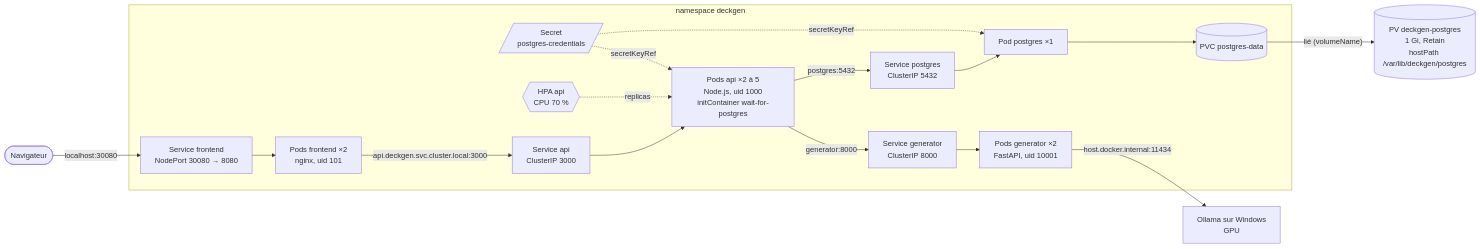
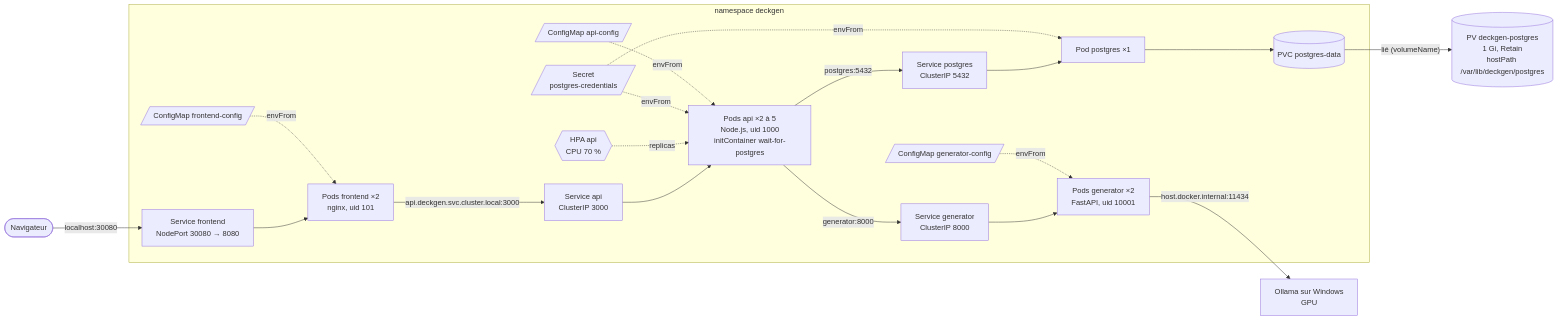
One commit to marc-awad/deckgen changed the diagram in docs/kubernetes.md. Above: the diagram before and after it, drawn with Mermaid. The commit also changed other lines of this file and 6 other files, not shown here.

````diff
--- a/docs/kubernetes.md
+++ b/docs/kubernetes.md
@@ -13,21 +13,24 @@
 ```mermaid
 flowchart LR
     user([Navigateur]) -- "localhost:30080" --> svcF
 
     subgraph ns [namespace deckgen]
         svcF[Service frontend<br/>NodePort 30080 → 8080] --> podF[Pods frontend ×2<br/>nginx, uid 101]
         podF -- "api.deckgen.svc.cluster.local:3000" --> svcA[Service api<br/>ClusterIP 3000]
         svcA --> podA[Pods api ×2 à 5<br/>Node.js, uid 1000<br/>initContainer wait-for-postgres]
         hpa{{HPA api<br/>CPU 70 %}} -. replicas .-> podA
         podA -- "postgres:5432" --> svcP[Service postgres<br/>ClusterIP 5432]
         svcP --> podP[Pod postgres ×1]
         podP --> pvc[(PVC postgres-data)]
         podA -- "generator:8000" --> svcG[Service generator<br/>ClusterIP 8000]
         svcG --> podG[Pods generator ×2<br/>FastAPI, uid 10001]
-        secret[/Secret<br/>postgres-credentials/] -. secretKeyRef .-> podP
-        secret -. secretKeyRef .-> podA
+        secret[/Secret<br/>postgres-credentials/] -. envFrom .-> podP
+        secret -. envFrom .-> podA
+        cmA[/ConfigMap api-config/] -. envFrom .-> podA
+        cmG[/ConfigMap generator-config/] -. envFrom .-> podG
+        cmF[/ConfigMap frontend-config/] -. envFrom .-> podF
     end
 
     pvc -- "lié (volumeName)" --> pv[(PV deckgen-postgres<br/>1 Gi, Retain<br/>hostPath /var/lib/deckgen/postgres)]
     podG -- "host.docker.internal:11434" --> ollama[Ollama sur Windows<br/>GPU]
 ```
````
